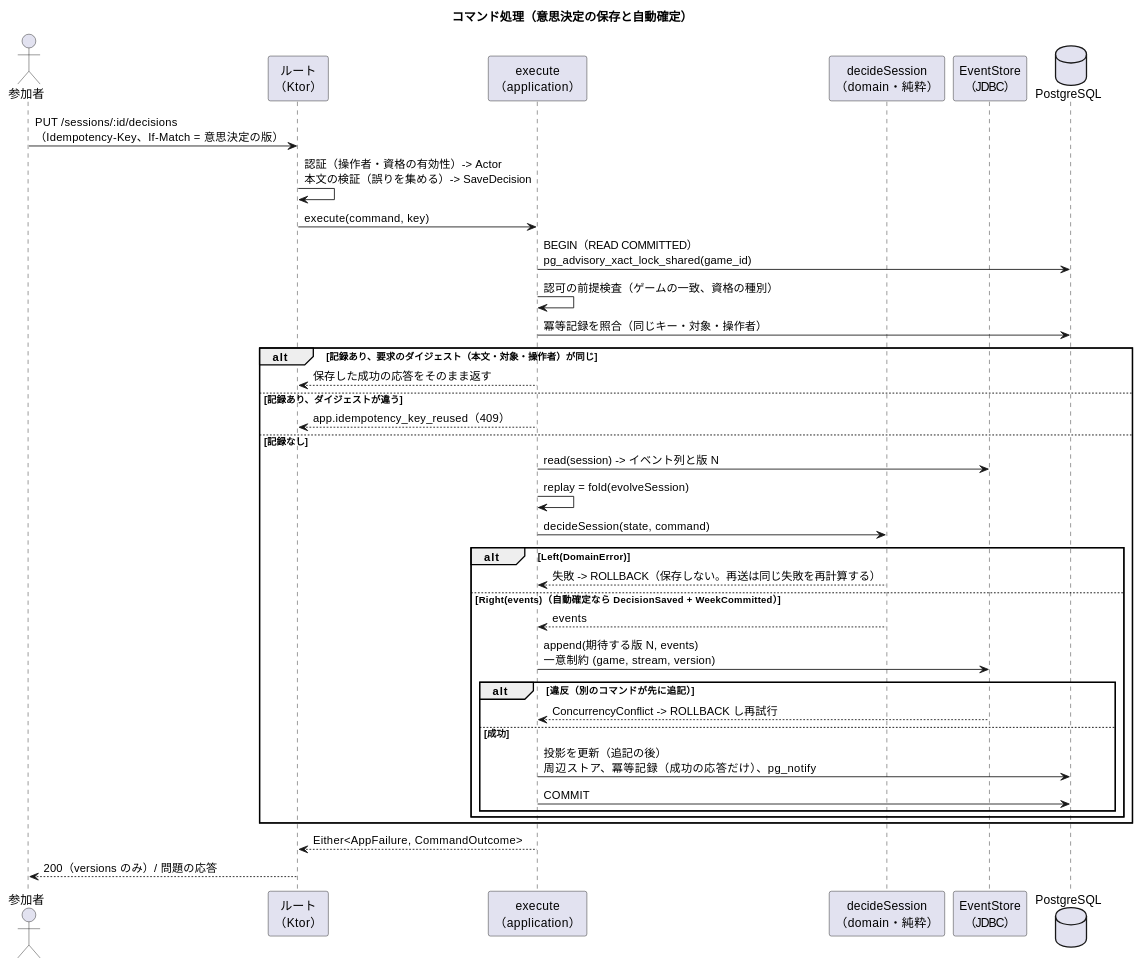
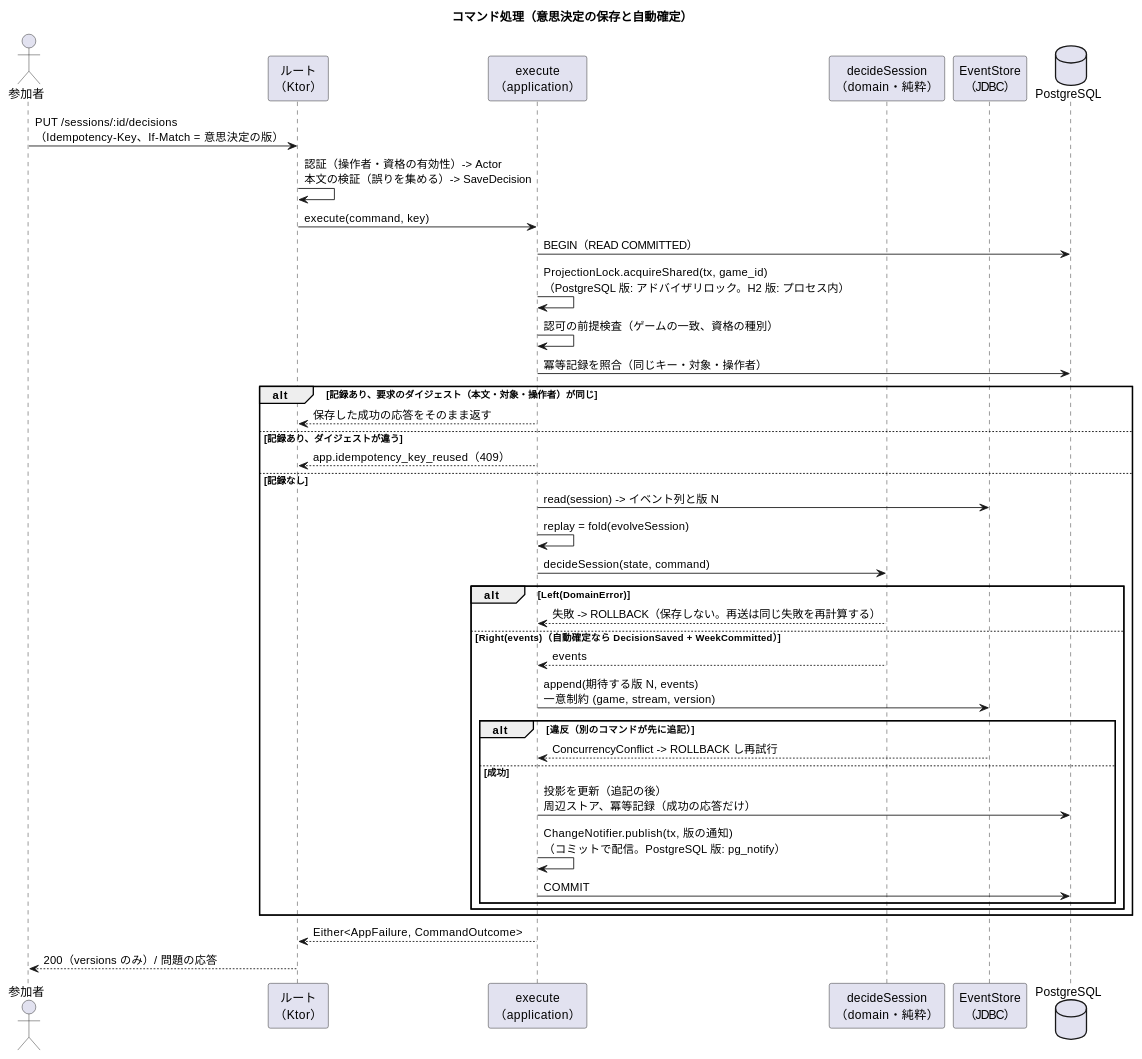
One commit to k2works/case-study-beer-game-simulation changed the second of 3 diagrams in docs/design/beer-game-kotlin/architecture-backend.md. Above: the diagram before and after it, drawn with PlantUML. The commit also changed other lines of this file and 13 other files, not shown here.

First line of the commit message:
docs(beer-game-kotlin): ローカル開発に H2（PostgreSQL モード）を使う決定を反映

````diff
--- a/docs/design/beer-game-kotlin/architecture-backend.md
+++ b/docs/design/beer-game-kotlin/architecture-backend.md
@@ -169,42 +202,44 @@
 ```plantuml
 @startuml
 title コマンド処理（意思決定の保存と自動確定）
 
 actor 参加者 as P
 participant "ルート\n（Ktor）" as R
 participant "execute\n（application）" as X
 participant "decideSession\n（domain・純粋）" as D
 participant "EventStore\n（JDBC）" as ES
 database "PostgreSQL" as DB
 
 P -> R : PUT /sessions/:id/decisions\n（Idempotency-Key、If-Match = 意思決定の版）
 R -> R : 認証（操作者・資格の有効性）-> Actor\n本文の検証（誤りを集める）-> SaveDecision
 R -> X : execute(command, key)
-X -> DB : BEGIN（READ COMMITTED）\npg_advisory_xact_lock_shared(game_id)
+X -> DB : BEGIN（READ COMMITTED）
+X -> X : ProjectionLock.acquireShared(tx, game_id)\n（PostgreSQL 版: アドバイザリロック。H2 版: プロセス内）
 X -> X : 認可の前提検査（ゲームの一致、資格の種別）
 X -> DB : 冪等記録を照合（同じキー・対象・操作者）
 alt 記録あり、要求のダイジェスト（本文・対象・操作者）が同じ
   X --> R : 保存した成功の応答をそのまま返す
 else 記録あり、ダイジェストが違う
   X --> R : app.idempotency_key_reused（409）
 else 記録なし
   X -> ES : read(session) -> イベント列と版 N
   X -> X : replay = fold(evolveSession)
   X -> D : decideSession(state, command)
   alt Left(DomainError)
     D --> X : 失敗 -> ROLLBACK（保存しない。再送は同じ失敗を再計算する）
   else Right(events)（自動確定なら DecisionSaved + WeekCommitted）
     D --> X : events
     X -> ES : append(期待する版 N, events)\n一意制約 (game, stream, version)
     alt 違反（別のコマンドが先に追記）
       ES --> X : ConcurrencyConflict -> ROLLBACK し再試行
     else 成功
-      X -> DB : 投影を更新（追記の後）\n周辺ストア、冪等記録（成功の応答だけ）、pg_notify
+      X -> DB : 投影を更新（追記の後）\n周辺ストア、冪等記録（成功の応答だけ）
+      X -> X : ChangeNotifier.publish(tx, 版の通知)\n（コミットで配信。PostgreSQL 版: pg_notify）
       X -> DB : COMMIT
     end
   end
 end
 X --> R : Either<AppFailure, CommandOutcome>
 R --> P : 200（versions のみ）/ 問題の応答
 @enduml
 ```
````
